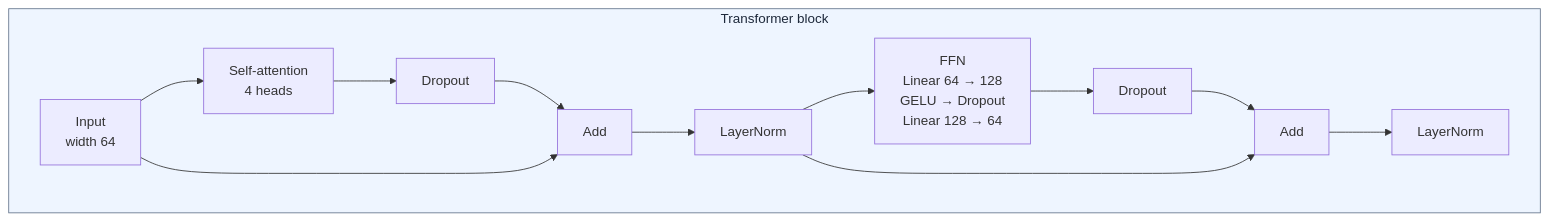
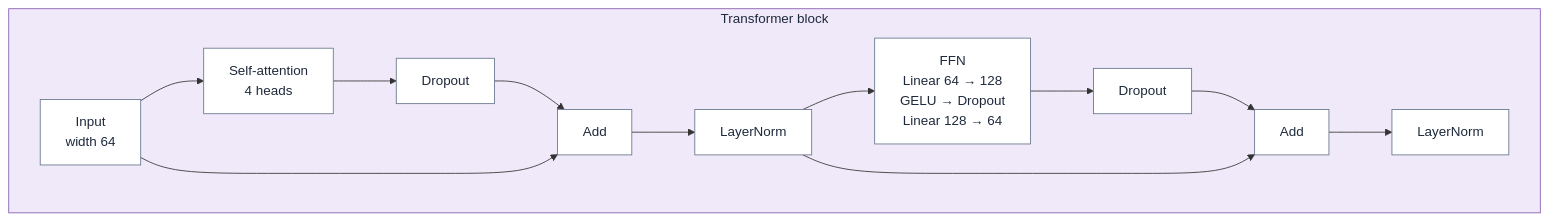
The fifth of 6 diagrams in README.md (kwang0913/WiFiSensing_DomainShift), drawn with Mermaid before and after one commit. The commit also changed other lines of this file, not shown here.

````diff
--- a/README.md
+++ b/README.md
@@ -91,17 +107,18 @@
 ```mermaid
 flowchart LR
     subgraph BLOCK["Transformer block"]
         direction LR
         X["Input<br/>width 64"] --> A["Self-attention<br/>4 heads"]
         A --> D1["Dropout"]
         D1 --> ADD1["Add"]
         ADD1 --> N1["LayerNorm"]
         X --> ADD1
         N1 --> F["FFN<br/>Linear 64 → 128<br/>GELU → Dropout<br/>Linear 128 → 64"]
         F --> D2["Dropout"]
         D2 --> ADD2["Add"]
         ADD2 --> N2["LayerNorm"]
         N1 --> ADD2
     end
-    style BLOCK fill:#eef5ff,stroke:#64748b,color:#1e293b
+    style BLOCK fill:#f0e9fa,stroke:#865bb0,color:#1e293b
+    classDef default fill:#ffffff,stroke:#64748b,color:#1e293b
 ```
````
